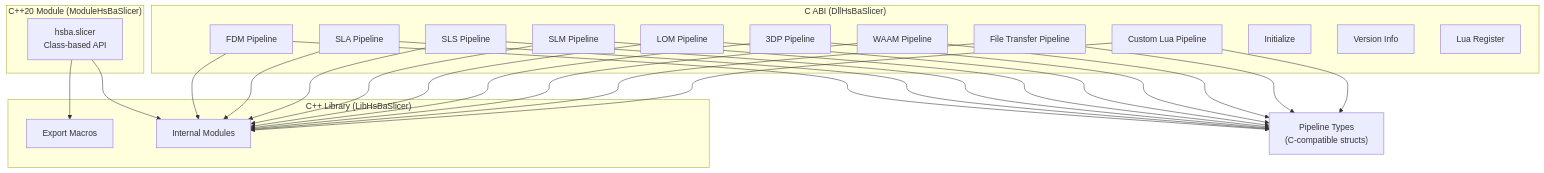
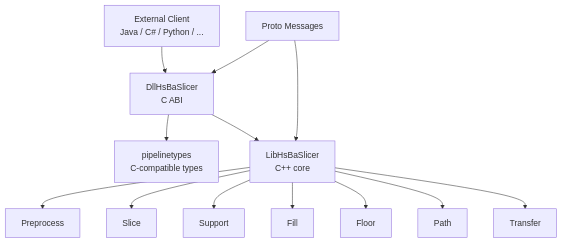
Before and after one commit to hsmbanlance/HsBaSlicer: the first of 12 diagrams in .qoder/repowiki/en/content/API Reference/API Reference.md, drawn with Mermaid. The commit also changed other lines of this file and 1095 other files, not shown here.

````diff
--- a/.qoder/repowiki/en/content/API Reference/API Reference.md
+++ b/.qoder/repowiki/en/content/API Reference/API Reference.md
@@ -50,45 +55,15 @@
 ```mermaid
 graph TB
-subgraph "C ABI (DllHsBaSlicer)"
-FDM["FDM Pipeline"]
-SLA["SLA Pipeline"]
-SLS["SLS Pipeline"]
-SLM["SLM Pipeline"]
-LOM["LOM Pipeline"]
-TDP["3DP Pipeline"]
-WAAM["WAAM Pipeline"]
-FTP["File Transfer Pipeline"]
-CUST["Custom Lua Pipeline"]
-INIT["Initialize"]
-VER["Version Info"]
-LUA_REG["Lua Register"]
-end
-subgraph "C++ Library (LibHsBaSlicer)"
-LIB_EXPORT["Export Macros"]
-INTERNAL["Internal Modules"]
-end
-subgraph "C++20 Module (ModuleHsBaSlicer)"
-MODULE["hsba.slicer<br/>Class-based API"]
-end
-TYPES["Pipeline Types<br/>(C-compatible structs)"]
-FDM --> TYPES
-SLA --> TYPES
-SLS --> TYPES
-SLM --> TYPES
-LOM --> TYPES
-TDP --> TYPES
-WAAM --> TYPES
-FTP --> TYPES
-CUST --> TYPES
-MODULE --> LIB_EXPORT
-MODULE --> INTERNAL
-FDM --> INTERNAL
-SLA --> INTERNAL
-SLS --> INTERNAL
-SLM --> INTERNAL
-LOM --> INTERNAL
-TDP --> INTERNAL
-WAAM --> INTERNAL
-FTP --> INTERNAL
-CUST --> INTERNAL
+Client["External Client<br/>Java / C# / Python / ..."] --> DLL["DllHsBaSlicer<br/>C ABI"]
+DLL --> Types["pipelinetypes<br/>C-compatible types"]
+DLL --> Core["LibHsBaSlicer<br/>C++ core"]
+Core --> Pre["Preprocess"]
+Core --> Slice["Slice"]
+Core --> Support["Support"]
+Core --> Fill["Fill"]
+Core --> Floor["Floor"]
+Core --> Path["Path"]
+Core --> Transfer["Transfer"]
+Proto["Proto Messages"] --> DLL
+Proto --> Core
 ```
````
